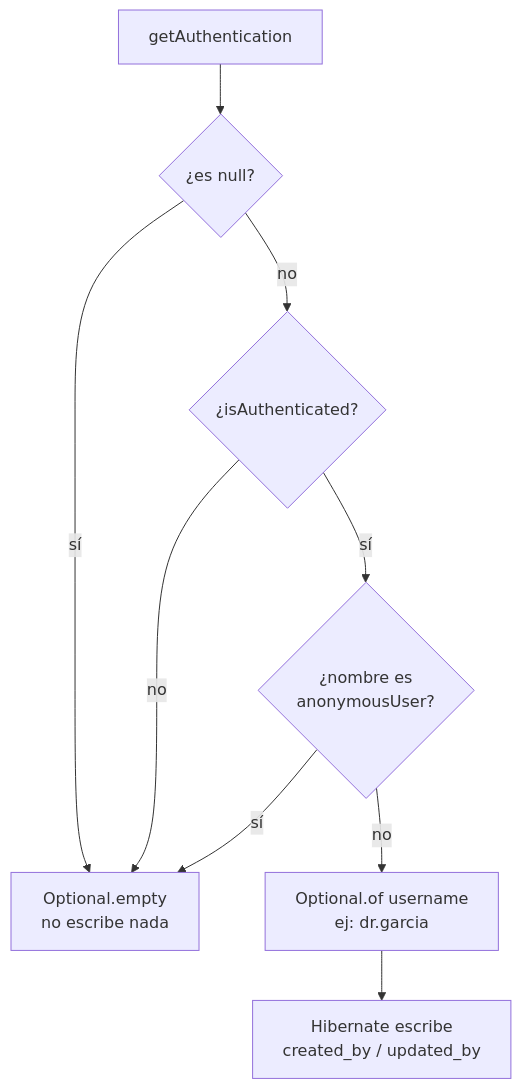
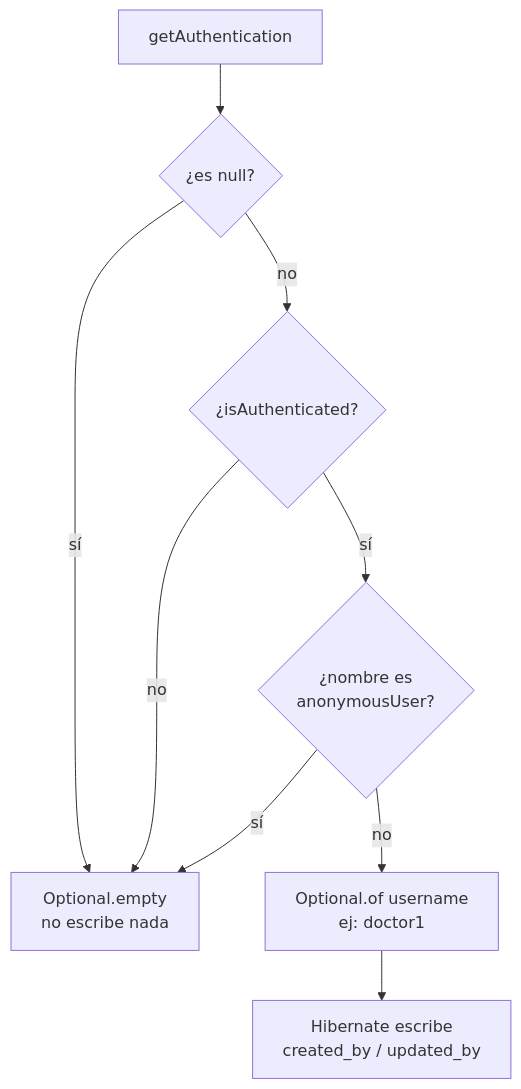
The second of 7 diagrams in backend/docs/11-auditoria.md (FepDev25/sistema-facturacion-medica-springboot-react-postgresql), drawn with Mermaid before and after one commit. The commit also changed other lines of this file and 69 other files, not shown here.

````diff
--- a/backend/docs/11-auditoria.md
+++ b/backend/docs/11-auditoria.md
@@ -85,11 +85,11 @@
 ```mermaid
 flowchart TD
     A[getAuthentication] --> B{¿es null?}
     B -->|sí| Z[Optional.empty\nno escribe nada]
     B -->|no| C{¿isAuthenticated?}
     C -->|no| Z
     C -->|sí| D{¿nombre es\nanonymousUser?}
     D -->|sí| Z
-    D -->|no| E[Optional.of username\nej: dr.garcia]
+    D -->|no| E[Optional.of username\nej: doctor1]
     E --> F[Hibernate escribe\ncreated_by / updated_by]
 ```
````
